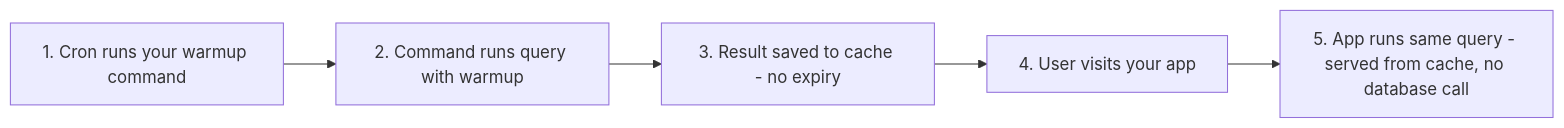
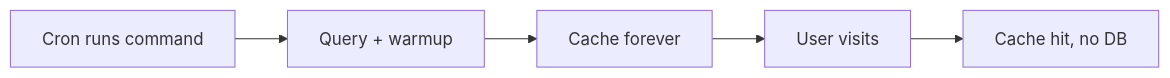
One commit to CodeWithDennis/laravel-model-cache changed the first of 2 diagrams in README.md. Above: the diagram before and after it, drawn with Mermaid. The commit also changed other lines of this file, not shown here.

Commit message:
README: shorter, cleaner Mermaid diagram labels

````diff
--- a/README.md
+++ b/README.md
@@ -40,7 +40,7 @@
 ```mermaid
 flowchart LR
-  A[1. Cron runs your warmup command] --> B[2. Command runs query with warmup]
-  B --> C[3. Result saved to cache - no expiry]
-  C --> D[4. User visits your app]
-  D --> E[5. App runs same query - served from cache, no database call]
+  A[Cron runs command] --> B[Query + warmup]
+  B --> C[Cache forever]
+  C --> D[User visits]
+  D --> E[Cache hit, no DB]
 ```
````
